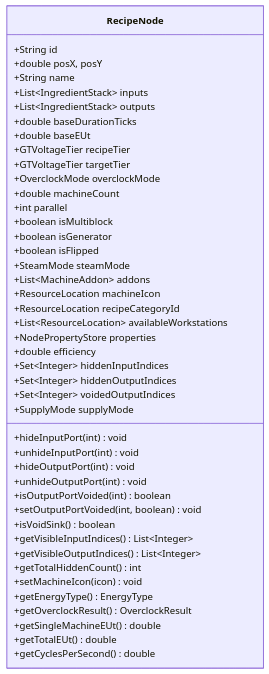
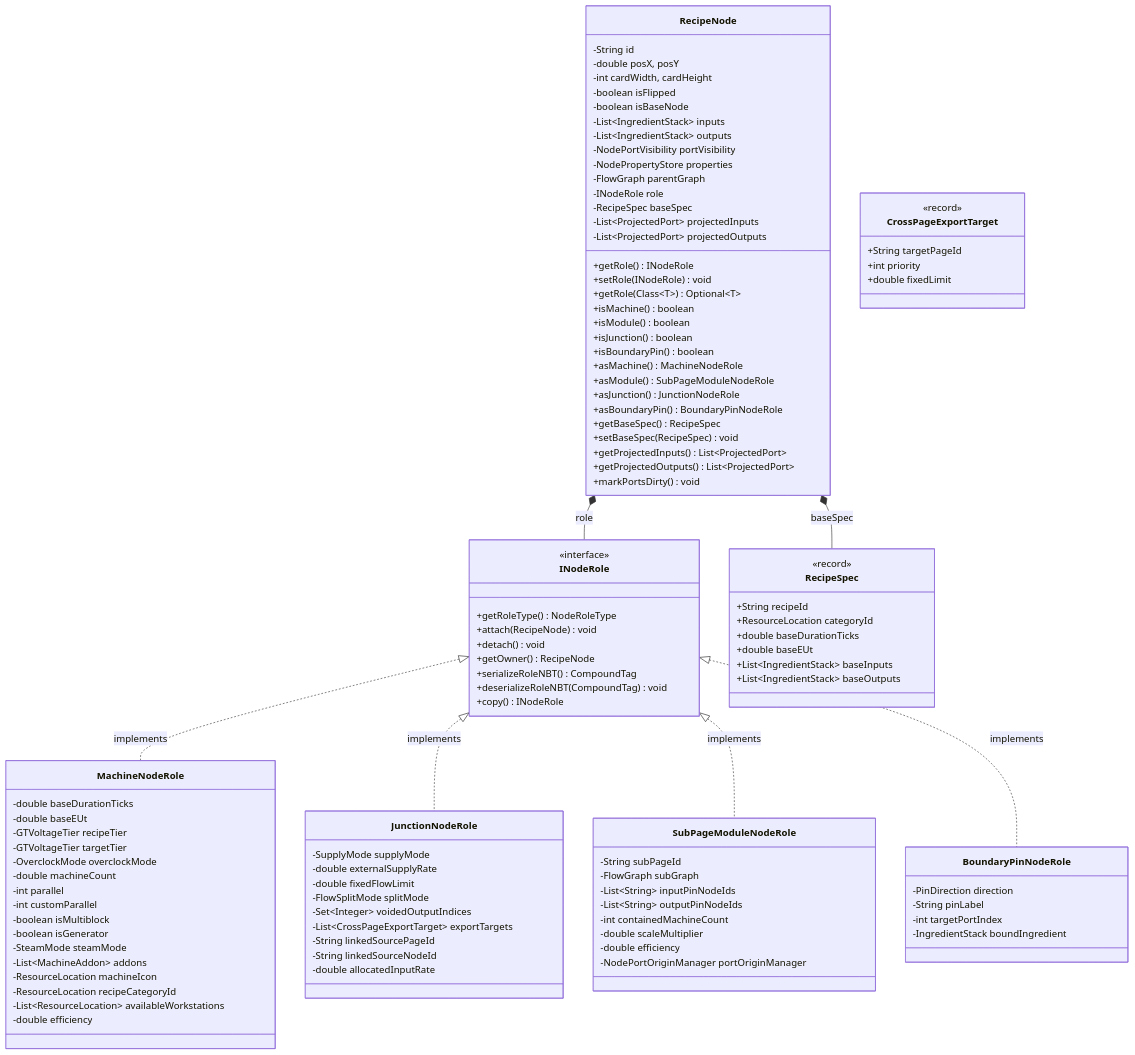
One commit to Amvermain/GregTechCalculatorBoard changed the first of 3 diagrams in docs/en_us/spec/01_CORE_DOMAIN_AND_MODELS.md. Above: the diagram before and after it, drawn with Mermaid. The commit also changed other lines of this file and 212 other files, not shown here.

````diff
--- a/docs/en_us/spec/01_CORE_DOMAIN_AND_MODELS.md
+++ b/docs/en_us/spec/01_CORE_DOMAIN_AND_MODELS.md
@@ -52,47 +52,119 @@
 ```mermaid
 classDiagram
     class RecipeNode {
-        +String id
-        +double posX, posY
-        +String name
-        +List~IngredientStack~ inputs
-        +List~IngredientStack~ outputs
+        -String id
+        -double posX, posY
+        -int cardWidth, cardHeight
+        -boolean isFlipped
+        -boolean isBaseNode
+        -List~IngredientStack~ inputs
+        -List~IngredientStack~ outputs
+        -NodePortVisibility portVisibility
+        -NodePropertyStore properties
+        -FlowGraph parentGraph
+        -INodeRole role
+        -RecipeSpec baseSpec
+        -List~ProjectedPort~ projectedInputs
+        -List~ProjectedPort~ projectedOutputs
+        +getRole() INodeRole
+        +setRole(INodeRole) void
+        +getRole(Class~T~) Optional~T~
+        +isMachine() boolean
+        +isModule() boolean
+        +isJunction() boolean
+        +isBoundaryPin() boolean
+        +asMachine() MachineNodeRole
+        +asModule() SubPageModuleNodeRole
+        +asJunction() JunctionNodeRole
+        +asBoundaryPin() BoundaryPinNodeRole
+        +getBaseSpec() RecipeSpec
+        +setBaseSpec(RecipeSpec) void
+        +getProjectedInputs() List~ProjectedPort~
+        +getProjectedOutputs() List~ProjectedPort~
+        +markPortsDirty() void
+    }
+
+    class INodeRole {
+        <<interface>>
+        +getRoleType() NodeRoleType
+        +attach(RecipeNode) void
+        +detach() void
+        +getOwner() RecipeNode
+        +serializeRoleNBT() CompoundTag
+        +deserializeRoleNBT(CompoundTag) void
+        +copy() INodeRole
+    }
+
+    class MachineNodeRole {
+        -double baseDurationTicks
+        -double baseEUt
+        -GTVoltageTier recipeTier
+        -GTVoltageTier targetTier
+        -OverclockMode overclockMode
+        -double machineCount
+        -int parallel
+        -int customParallel
+        -boolean isMultiblock
+        -boolean isGenerator
+        -SteamMode steamMode
+        -List~MachineAddon~ addons
+        -ResourceLocation machineIcon
+        -ResourceLocation recipeCategoryId
+        -List~ResourceLocation~ availableWorkstations
+        -double efficiency
+    }
+
+    class JunctionNodeRole {
+        -SupplyMode supplyMode
+        -double externalSupplyRate
+        -double fixedFlowLimit
+        -FlowSplitMode splitMode
+        -Set~Integer~ voidedOutputIndices
+        -List~CrossPageExportTarget~ exportTargets
+        -String linkedSourcePageId
+        -String linkedSourceNodeId
+        -double allocatedInputRate
+    }
+
+    class CrossPageExportTarget {
+        <<record>>
+        +String targetPageId
+        +int priority
+        +double fixedLimit
+    }
+
+    class SubPageModuleNodeRole {
+        -String subPageId
+        -FlowGraph subGraph
+        -List~String~ inputPinNodeIds
+        -List~String~ outputPinNodeIds
+        -int containedMachineCount
+        -double scaleMultiplier
+        -double efficiency
+        -NodePortOriginManager portOriginManager
+    }
+
+    class BoundaryPinNodeRole {
+        -PinDirection direction
+        -String pinLabel
+        -int targetPortIndex
+        -IngredientStack boundIngredient
+    }
+
+    class RecipeSpec {
+        <<record>>
+        +String recipeId
+        +ResourceLocation categoryId
         +double baseDurationTicks
         +double baseEUt
-        +GTVoltageTier recipeTier
-        +GTVoltageTier targetTier
-        +OverclockMode overclockMode
-        +double machineCount
-        +int parallel
-        +boolean isMultiblock
-        +boolean isGenerator
-        +boolean isFlipped
-        +SteamMode steamMode
-        +List~MachineAddon~ addons
-        +ResourceLocation machineIcon
-        +ResourceLocation recipeCategoryId
-        +List~ResourceLocation~ availableWorkstations
-        +NodePropertyStore properties
-        +double efficiency
-        +Set~Integer~ hiddenInputIndices
-        +Set~Integer~ hiddenOutputIndices
-        +Set~Integer~ voidedOutputIndices
-        +SupplyMode supplyMode
-        +hideInputPort(int) void
-        +unhideInputPort(int) void
-        +hideOutputPort(int) void
-        +unhideOutputPort(int) void
-        +isOutputPortVoided(int) boolean
-        +setOutputPortVoided(int, boolean) void
-        +isVoidSink() boolean
-        +getVisibleInputIndices() List~Integer~
-        +getVisibleOutputIndices() List~Integer~
-        +getTotalHiddenCount() int
-        +setMachineIcon(icon) void
-        +getEnergyType() EnergyType
-        +getOverclockResult() OverclockResult
-        +getSingleMachineEUt() double
-        +getTotalEUt() double
-        +getCyclesPerSecond() double
+        +List~IngredientStack~ baseInputs
+        +List~IngredientStack~ baseOutputs
     }
+
+    RecipeNode *-- INodeRole : role
+    RecipeNode *-- RecipeSpec : baseSpec
+    INodeRole <|.. MachineNodeRole : implements
+    INodeRole <|.. JunctionNodeRole : implements
+    INodeRole <|.. SubPageModuleNodeRole : implements
+    INodeRole <|.. BoundaryPinNodeRole : implements
 ```
````
